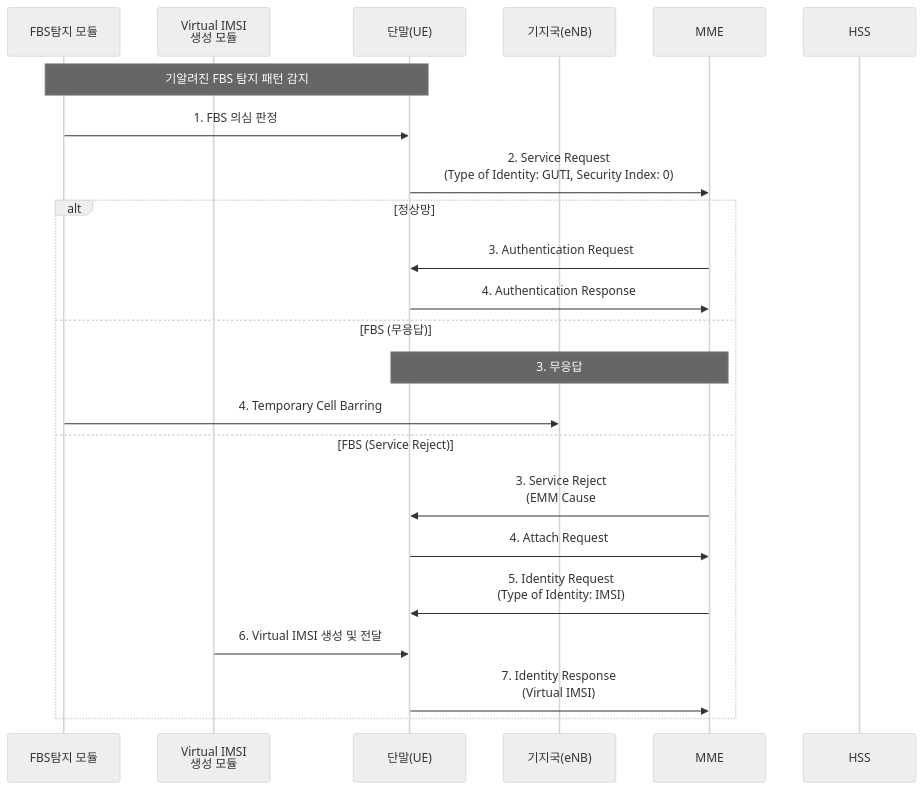
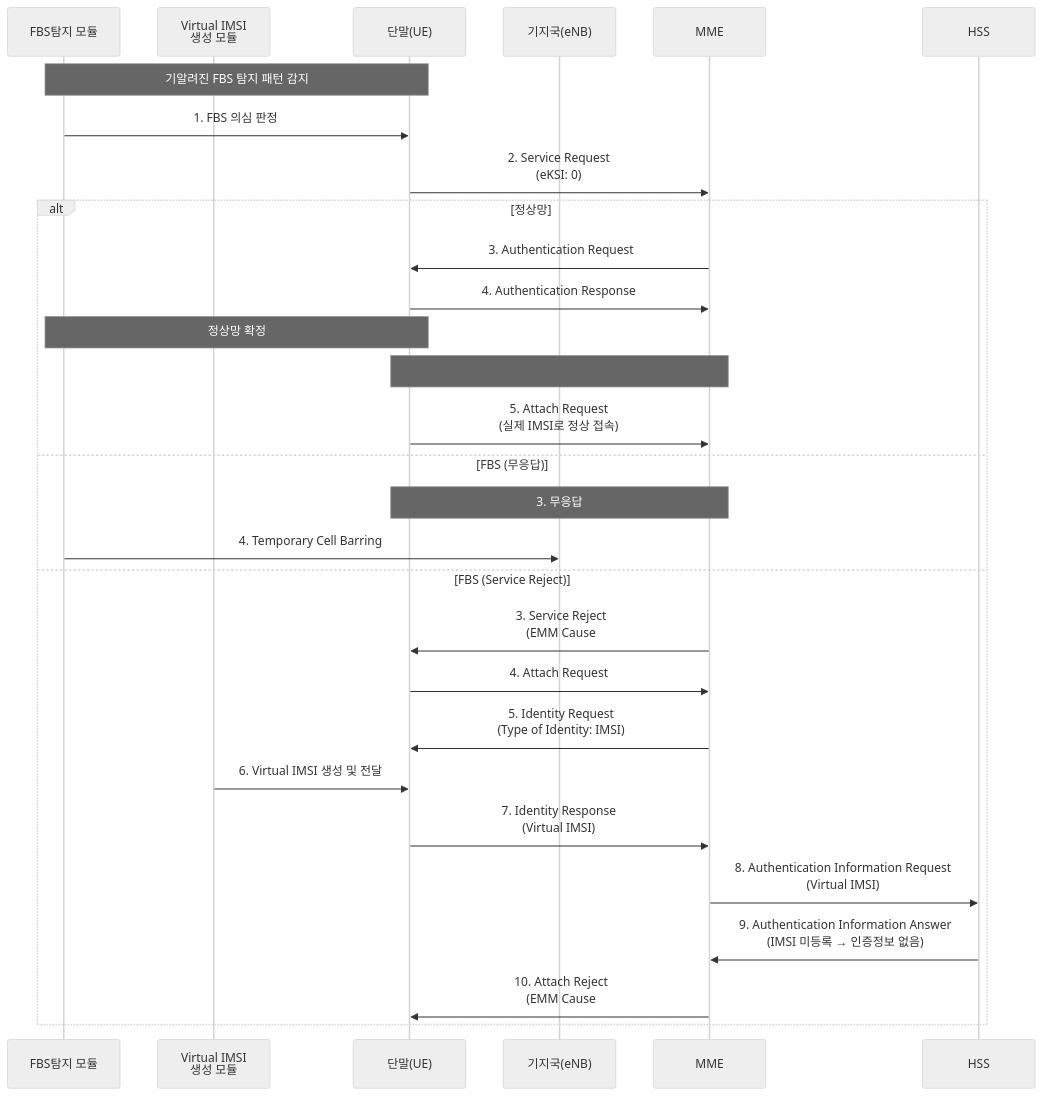
One commit to brianrobo/new-idea-flow changed the diagram in sequence.md. Above: the diagram before and after it, drawn with Mermaid (neutral theme). The commit also changed other lines of this file, not shown here.

````diff
--- a/sequence.md
+++ b/sequence.md
@@ -1,27 +1,33 @@
 ```mermaid
 sequenceDiagram
     participant FBS as FBS탐지 모듈
     participant VIMSI as Virtual IMSI<br/>생성 모듈
     participant UE as 단말(UE)
     participant eNB as 기지국(eNB)
     participant MME as MME
     participant HSS as HSS
 
     Note over FBS,UE: 기알려진 FBS 탐지 패턴 감지
     FBS->>UE: 1. FBS 의심 판정
-    UE->>MME: 2. Service Request<br/>(Type of Identity: GUTI, Security Index: 0)
+    UE->>MME: 2. Service Request<br/>(eKSI: 0)
 
     alt 정상망
         MME->>UE: 3. Authentication Request
         UE->>MME: 4. Authentication Response
+        Note over FBS,UE: 정상망 확정
+        Note over UE,MME: #2, #8 수신 시 즉시 Re-attach 가능<br/>(#9, #10 외 Re-attach 가능 동작)
+        UE->>MME: 5. Attach Request<br/>(실제 IMSI로 정상 접속)
     else FBS (무응답)
         Note over MME,UE: 3. 무응답
         FBS->>eNB: 4. Temporary Cell Barring
     else FBS (Service Reject)
         MME->>UE: 3. Service Reject<br/>(EMM Cause #9 또는 #10)
         UE->>MME: 4. Attach Request
         MME->>UE: 5. Identity Request<br/>(Type of Identity: IMSI)
         VIMSI->>UE: 6. Virtual IMSI 생성 및 전달
         UE->>MME: 7. Identity Response<br/>(Virtual IMSI)
+        MME->>HSS: 8. Authentication Information Request<br/>(Virtual IMSI)
+        HSS->>MME: 9. Authentication Information Answer<br/>(IMSI 미등록 → 인증정보 없음)
+        MME->>UE: 10. Attach Reject<br/>(EMM Cause #2 또는 #8)
     end
 ```
````
